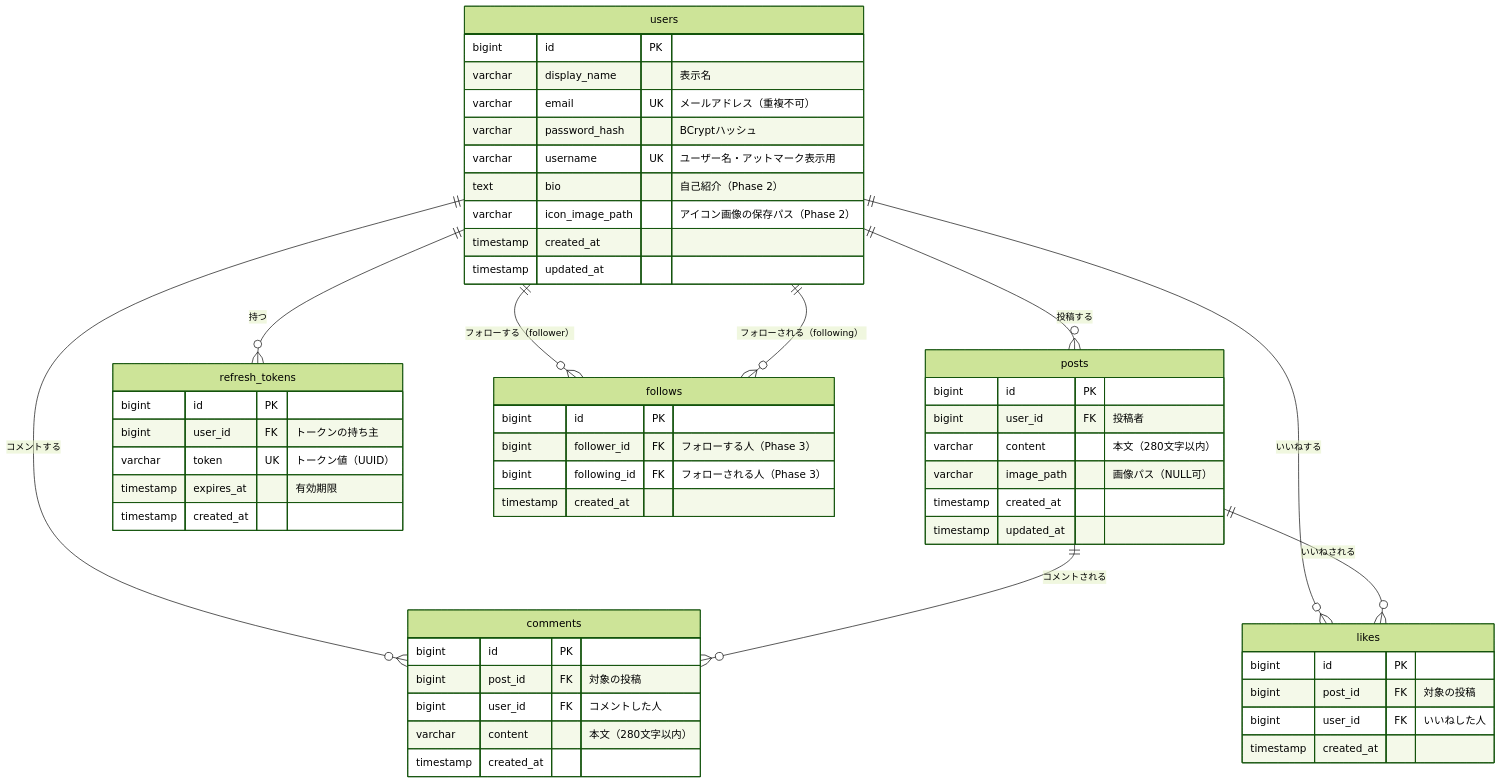
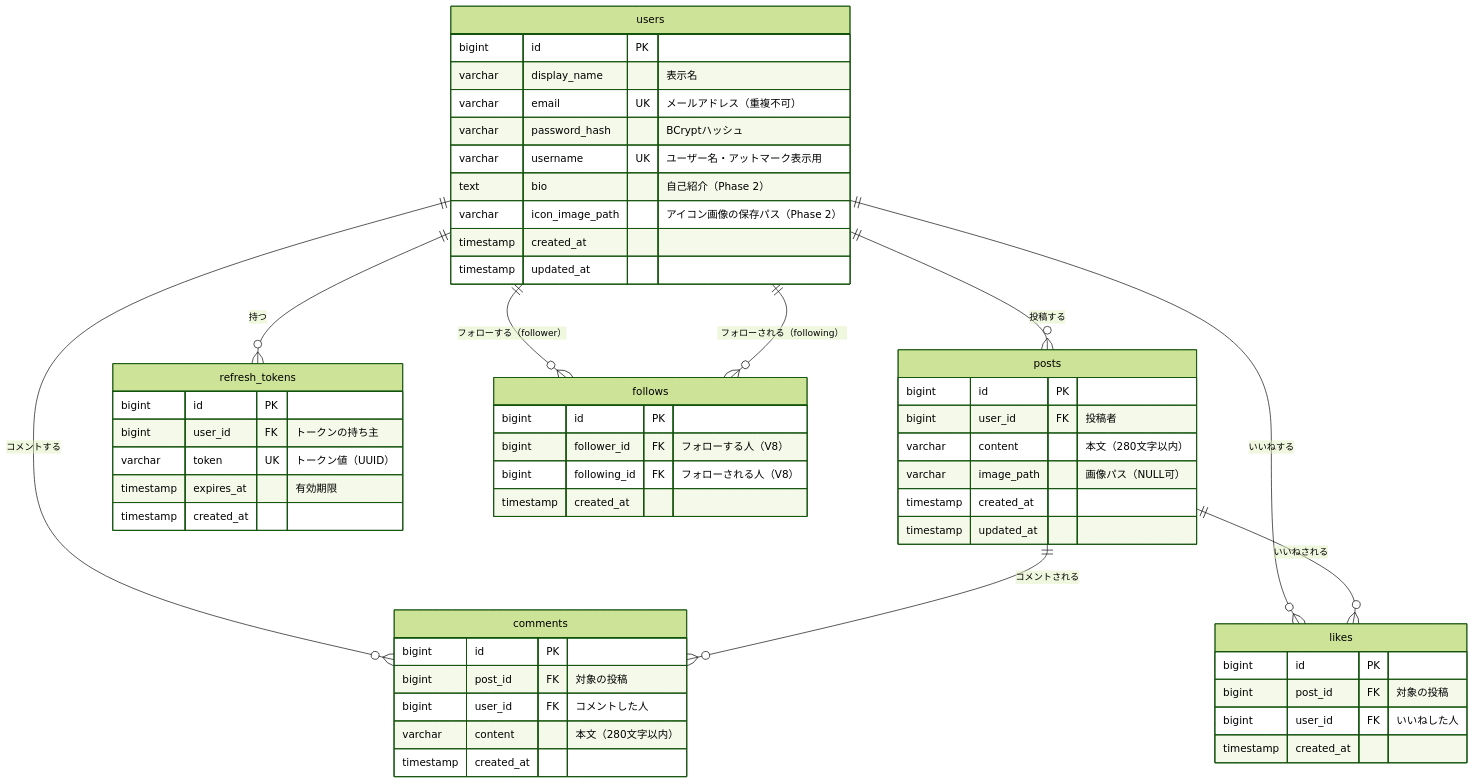
Before and after one commit to yusu31/RaiseTimeLine: the diagram in docs/database-design.md, drawn with Mermaid (forest theme). The commit also changed other lines of this file and 35 other files, not shown here.

````diff
--- a/docs/database-design.md
+++ b/docs/database-design.md
@@ -18,62 +18,62 @@
 ```mermaid
 erDiagram
     users ||--o{ posts : "投稿する"
     users ||--o{ comments : "コメントする"
     users ||--o{ likes : "いいねする"
     users ||--o{ refresh_tokens : "持つ"
     users ||--o{ follows : "フォローする（follower）"
     users ||--o{ follows : "フォローされる（following）"
     posts ||--o{ comments : "コメントされる"
     posts ||--o{ likes : "いいねされる"
 
     users {
         bigint id PK
         varchar display_name "表示名"
         varchar email UK "メールアドレス（重複不可）"
         varchar password_hash "BCryptハッシュ"
         varchar username UK "ユーザー名・アットマーク表示用"
         text bio "自己紹介（Phase 2）"
         varchar icon_image_path "アイコン画像の保存パス（Phase 2）"
         timestamp created_at
         timestamp updated_at
     }
 
     posts {
         bigint id PK
         bigint user_id FK "投稿者"
         varchar content "本文（280文字以内）"
         varchar image_path "画像パス（NULL可）"
         timestamp created_at
         timestamp updated_at
     }
 
     comments {
         bigint id PK
         bigint post_id FK "対象の投稿"
         bigint user_id FK "コメントした人"
         varchar content "本文（280文字以内）"
         timestamp created_at
     }
 
     likes {
         bigint id PK
         bigint post_id FK "対象の投稿"
         bigint user_id FK "いいねした人"
         timestamp created_at
     }
 
     refresh_tokens {
         bigint id PK
         bigint user_id FK "トークンの持ち主"
         varchar token UK "トークン値（UUID）"
         timestamp expires_at "有効期限"
         timestamp created_at
     }
 
     follows {
         bigint id PK
-        bigint follower_id FK "フォローする人（Phase 3）"
-        bigint following_id FK "フォローされる人（Phase 3）"
+        bigint follower_id FK "フォローする人（V8）"
+        bigint following_id FK "フォローされる人（V8）"
         timestamp created_at
     }
 ```
````
